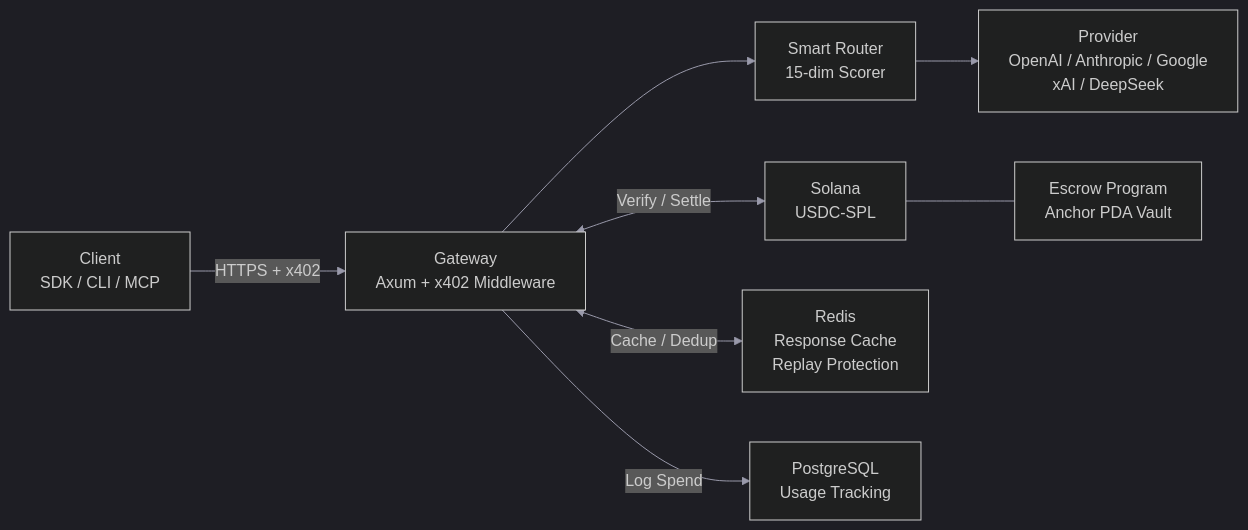
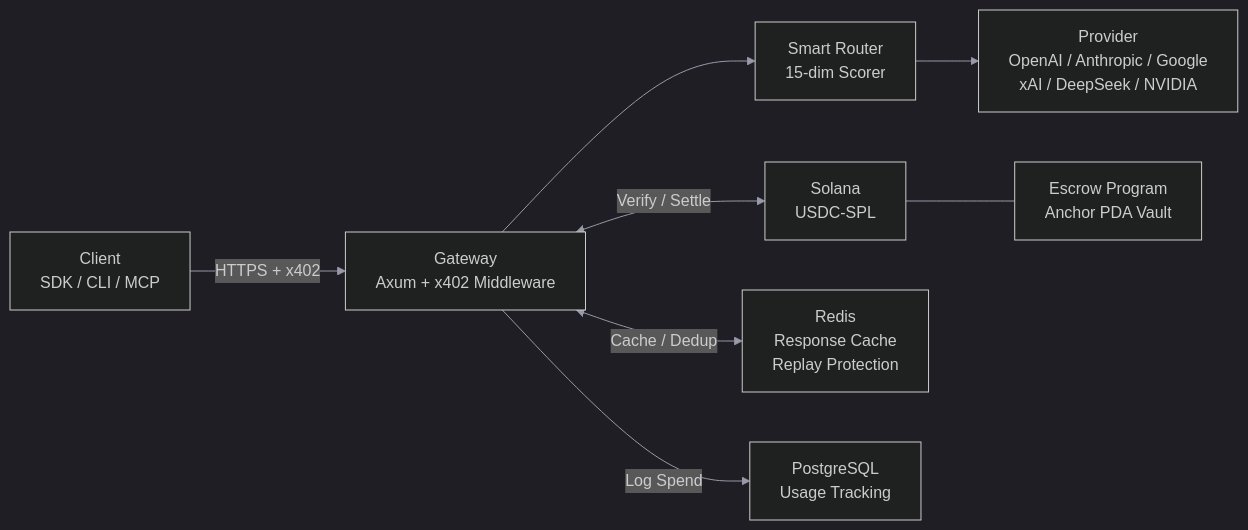
The first of 2 diagrams in README.md (solvela-ai/solvela), drawn with Mermaid before and after one commit. The commit also changed other lines of this file and 4 other files, not shown here.

````diff
--- a/README.md
+++ b/README.md
@@ -19,20 +19,20 @@
 ```mermaid
 %%{init: {'theme': 'dark', 'themeVariables': {'primaryColor': '#F97316', 'primaryTextColor': '#F0F0F4', 'primaryBorderColor': '#F97316', 'lineColor': '#9999AA', 'secondaryColor': '#2a2a2a', 'tertiaryColor': '#1a1a1a'}}}%%
 flowchart LR
     Client["Client\nSDK / CLI / MCP"]
     Gateway["Gateway\nAxum + x402 Middleware"]
     Router["Smart Router\n15-dim Scorer"]
-    Provider["Provider\nOpenAI / Anthropic / Google\nxAI / DeepSeek"]
+    Provider["Provider\nOpenAI / Anthropic / Google\nxAI / DeepSeek / NVIDIA"]
     Solana["Solana\nUSDC-SPL"]
     Cache["Redis\nResponse Cache\nReplay Protection"]
     DB["PostgreSQL\nUsage Tracking"]
     Escrow["Escrow Program\nAnchor PDA Vault"]
 
     Client -->|"HTTPS + x402"| Gateway
     Gateway --> Router
     Router --> Provider
     Gateway <-->|"Verify / Settle"| Solana
     Gateway <-->|"Cache / Dedup"| Cache
     Gateway -->|"Log Spend"| DB
     Solana --- Escrow
 ```
````
